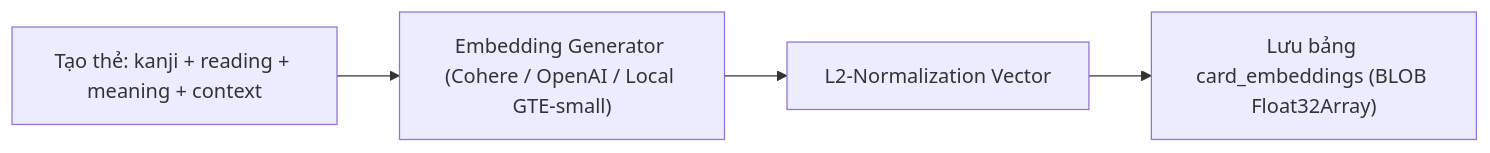
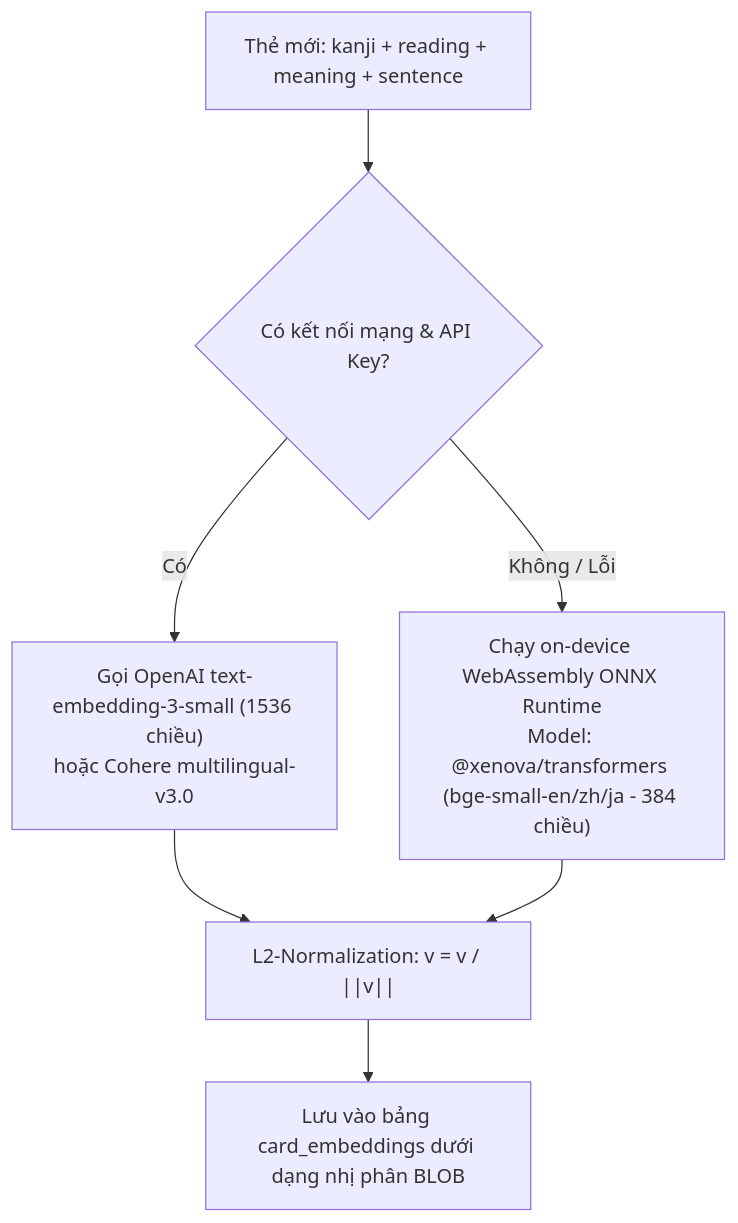
One commit to egbertbritannia-cpu/japanese-srs-system changed the second of 2 diagrams in doc/14_PILLAR_1_ADAPTIVE_FSRS_AND_SEMANTIC_INTERFERENCE.md. Above: the diagram before and after it, drawn with Mermaid. The commit also changed other lines of this file and 6 other files, not shown here.

````diff
--- a/doc/14_PILLAR_1_ADAPTIVE_FSRS_AND_SEMANTIC_INTERFERENCE.md
+++ b/doc/14_PILLAR_1_ADAPTIVE_FSRS_AND_SEMANTIC_INTERFERENCE.md
@@ -101,6 +109,11 @@
 ```mermaid
-flowchart LR
-    CardCreation["Tạo thẻ: kanji + reading + meaning + context"] --> EmbedGen["Embedding Generator (Cohere / OpenAI / Local GTE-small)"]
-    EmbedGen --> VecNorm["L2-Normalization Vector"]
-    VecNorm --> DB_Embed["Lưu bảng card_embeddings (BLOB Float32Array)"]
+flowchart TD
+    NewCard["Thẻ mới: kanji + reading + meaning + sentence"] --> CheckNet{"Có kết nối mạng & API Key?"}
+    
+    CheckNet -- Có --> CloudEmbed["Gọi OpenAI text-embedding-3-small (1536 chiều)<br/>hoặc Cohere multilingual-v3.0"]
+    CheckNet -- Không / Lỗi --> LocalEmbed["Chạy on-device WebAssembly ONNX Runtime<br/>Model: @xenova/transformers (bge-small-en/zh/ja - 384 chiều)"]
+
+    CloudEmbed --> NormalizeVec["L2-Normalization: v = v / ||v||"]
+    LocalEmbed --> NormalizeVec
+    NormalizeVec --> SaveDB["Lưu vào bảng card_embeddings dưới dạng nhị phân BLOB"]
 ```
````
